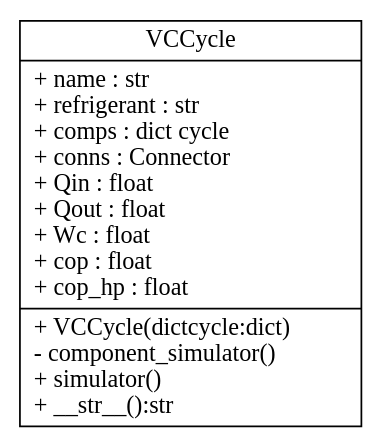
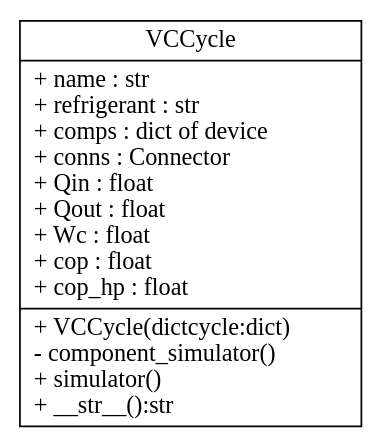
One commit to thermalogic/SimVCCE changed the diagram in doc/uml/dot/vccycle.dot. Above: the diagram before and after it, drawn with Graphviz. The commit also changed 39 other files, not shown here.

```diff
--- a/doc/uml/dot/vccycle.dot
+++ b/doc/uml/dot/vccycle.dot
@@ -1,20 +1,20 @@
 digraph "classes" {
 rankdir=BT
 charset="utf-8"
 "VCCycle" [
        color="black", fontcolor="black", 
       label="{VCCycle|
        + name : str\l 
        + refrigerant : str\l
-       + comps : dict cycle\l 
+       + comps : dict of device\l 
        + conns : Connector\l
        + Qin : float\l 
        + Qout : float\l 
        + Wc : float\l
        + cop : float\l
        + cop_hp : float\l|
        + VCCycle(dictcycle:dict)\l
        - component_simulator()\l 
        + simulator()\l 
        + __str__():str\l}", shape="record", style="solid"];
 }
```
